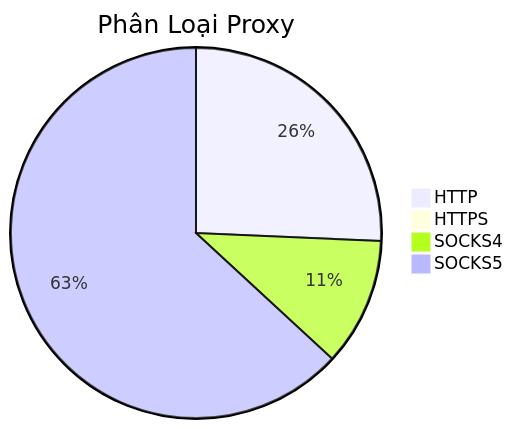
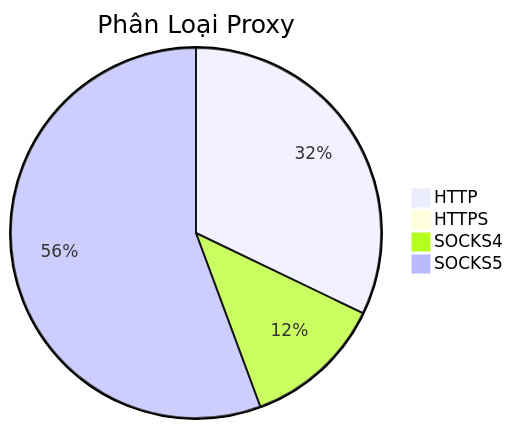
The diagram in README.md (Ciara-Aa/PROXY-free), drawn with Mermaid before and after one commit. The commit also changed other lines of this file and 4 other files, not shown here.

````diff
--- a/README.md
+++ b/README.md
@@ -26,7 +26,7 @@
 ```mermaid
 pie title Phân Loại Proxy
-    "HTTP" : 524
-    "HTTPS" : 0
-    "SOCKS4" : 228
-    "SOCKS5" : 1288
+    "HTTP" : 612
+    "HTTPS" : 1
+    "SOCKS4" : 233
+    "SOCKS5" : 1060
 ```
````
